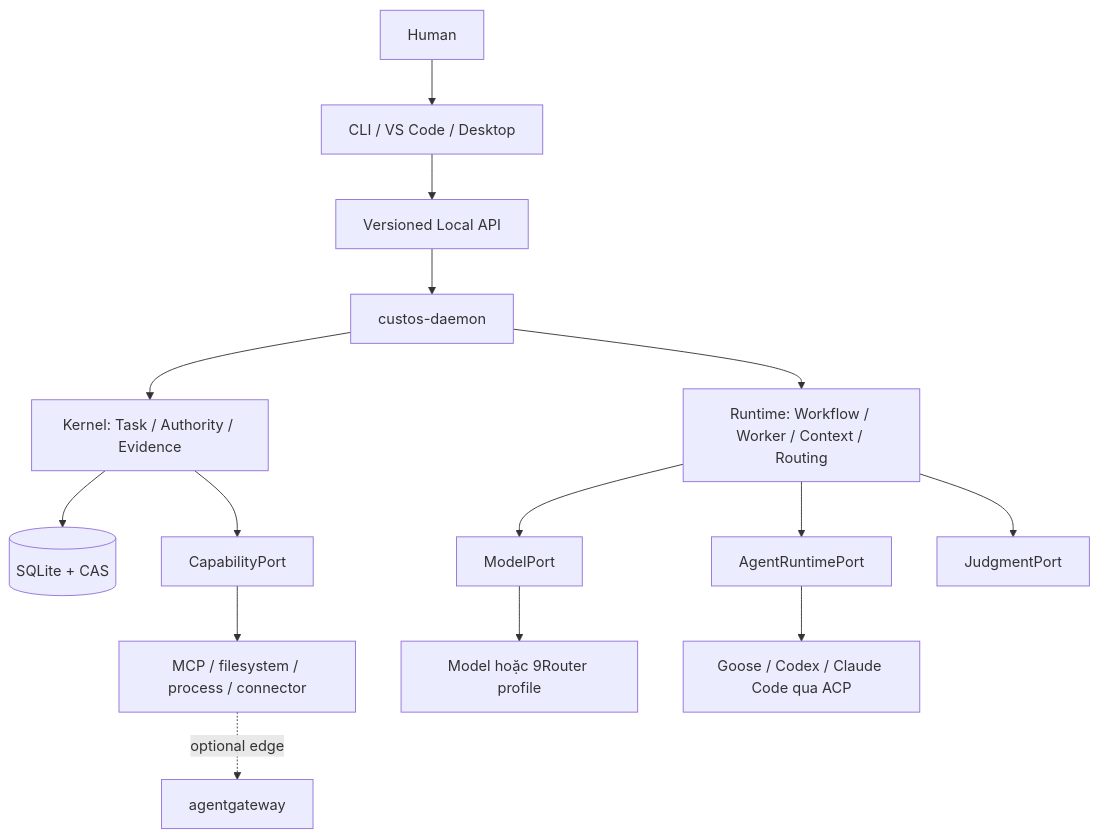
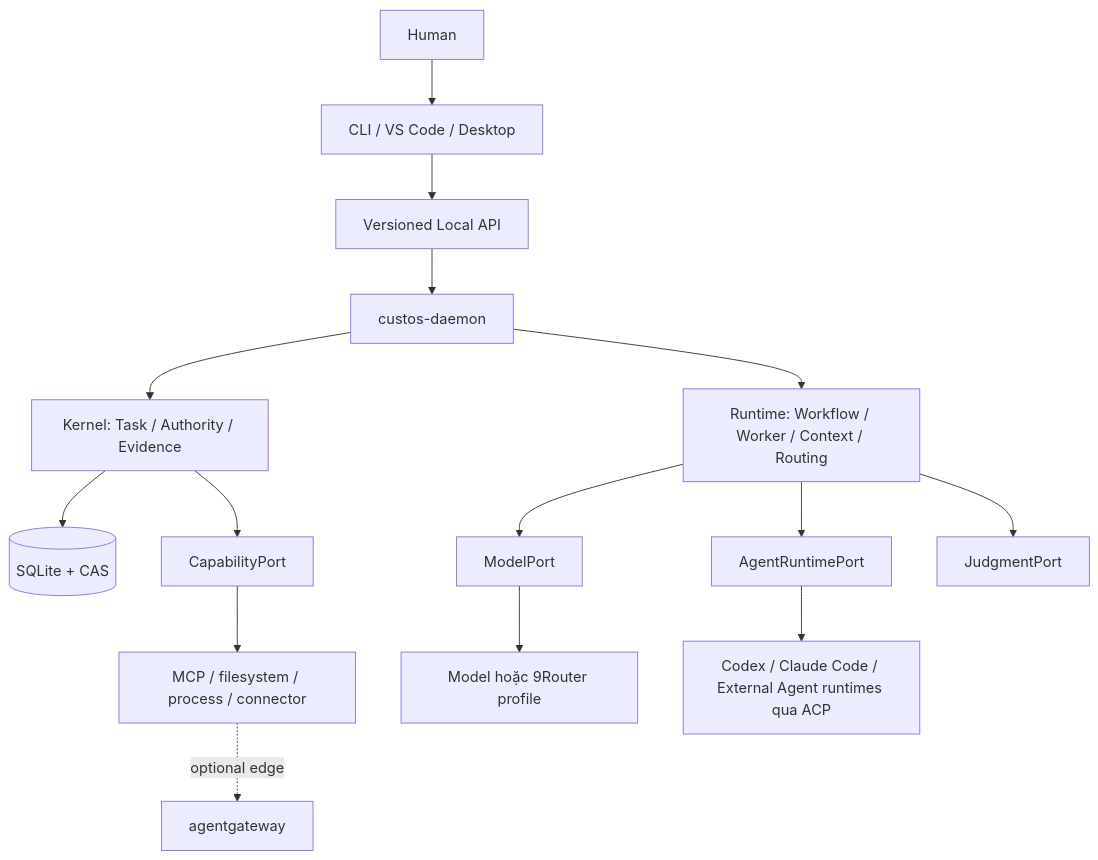
One commit to civi0411/Custos changed the first of 2 diagrams in docs/i18n/CUSTOS_RESEARCH_BACKED_ARCHITECTURE_VI.md. Above: the diagram before and after it, drawn with Mermaid. The commit also changed other lines of this file and 38 other files, not shown here.

Commit message:
docs(architecture): establish canonical docs suite, codebase map, and Documentation Triad in Custos.md

````diff
--- a/docs/i18n/CUSTOS_RESEARCH_BACKED_ARCHITECTURE_VI.md
+++ b/docs/i18n/CUSTOS_RESEARCH_BACKED_ARCHITECTURE_VI.md
@@ -29,17 +29,17 @@
 ```mermaid
 flowchart TD
   H[Human] --> C[CLI / VS Code / Desktop]
   C --> API[Versioned Local API]
   API --> D[custos-daemon]
   D --> K[Kernel: Task / Authority / Evidence]
   D --> R[Runtime: Workflow / Worker / Context / Routing]
   K --> P[(SQLite + CAS)]
   R --> MP[ModelPort]
   R --> AP[AgentRuntimePort]
   K --> CP[CapabilityPort]
   R --> JP[JudgmentPort]
   MP --> M[Model hoặc 9Router profile]
-  AP --> A[Goose / Codex / Claude Code qua ACP]
+  AP --> A[Codex / Claude Code / External Agent runtimes qua ACP]
   CP --> T[MCP / filesystem / process / connector]
   T -. optional edge .-> G[agentgateway]
 ```
````
